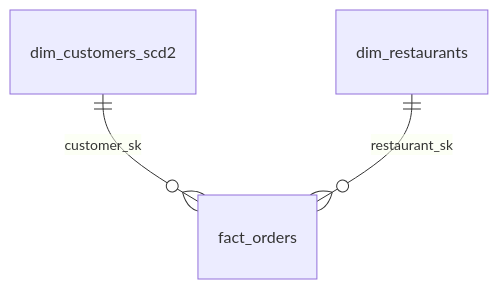
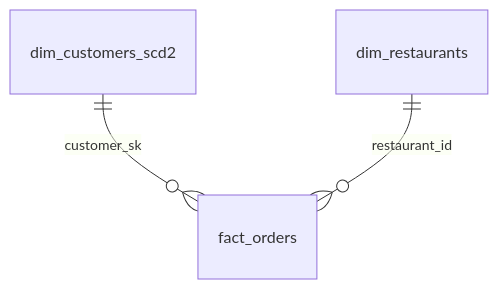
One commit to Kartz429/food-delivery-dbt-project changed the second of 2 diagrams in README.md. Above: the diagram before and after it, drawn with Mermaid. The commit also changed other lines of this file, not shown here.

Commit message:
docs: rewrite README with charts, layered lineage diagram and CI badge

````diff
--- a/README.md
+++ b/README.md
@@ -35,5 +52,5 @@
 ```mermaid
 erDiagram
   dim_customers_scd2 ||--o{ fact_orders : customer_sk
-  dim_restaurants ||--o{ fact_orders : restaurant_sk
+  dim_restaurants ||--o{ fact_orders : restaurant_id
 ```
````
